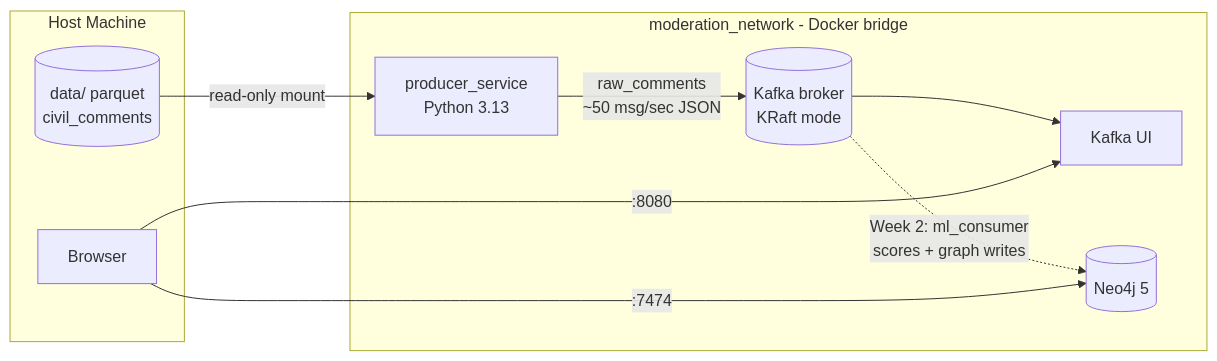
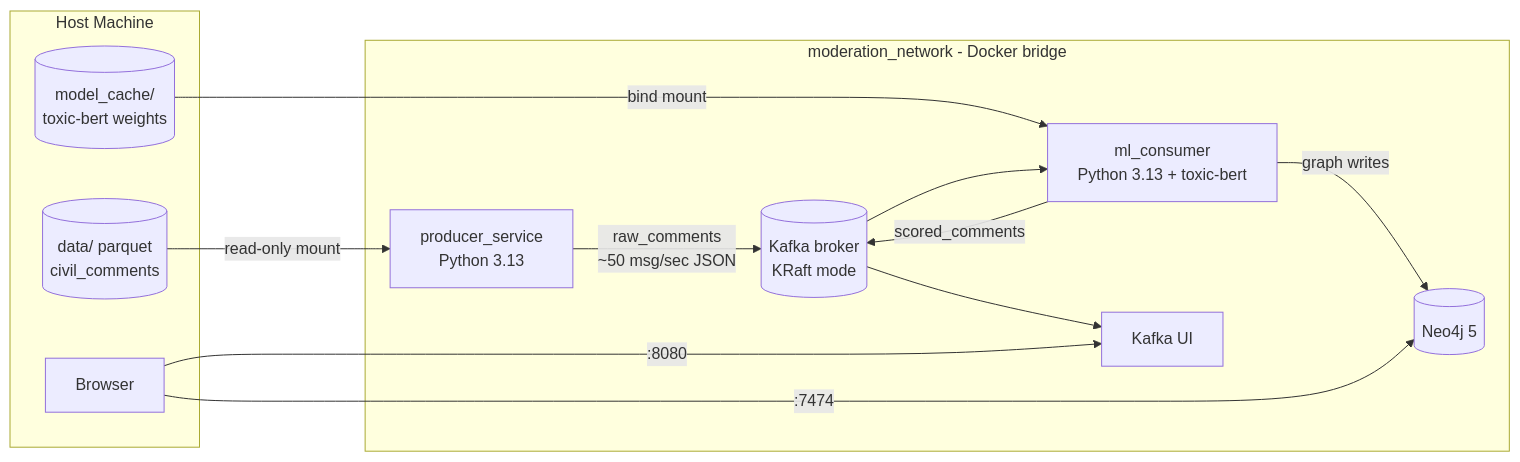
One commit to mj-weshh/realtime-moderation-engine changed the diagram in README.md. Above: the diagram before and after it, drawn with Mermaid. The commit also changed other lines of this file and 6 other files, not shown here.

Commit message:
docs: document ML consumer Kafka integration and inference pipeline

````diff
--- a/README.md
+++ b/README.md
@@ -23,21 +45,51 @@
 ```mermaid
+
 flowchart LR
+
     subgraph hostMachine [Host Machine]
+
         dataset[("data/ parquet<br/>civil_comments")]
+
+        modelCache[("model_cache/<br/>toxic-bert weights")]
+
         browser[Browser]
+
     end
 
+
+
     subgraph modNet [moderation_network - Docker bridge]
+
         producer[producer_service<br/>Python 3.13]
+
         kafka[(Kafka broker<br/>KRaft mode)]
+
+        consumer[ml_consumer<br/>Python 3.13 + toxic-bert]
+
         kafkaui[Kafka UI]
+
         neo4j[(Neo4j 5)]
+
     end
 
+
+
     dataset -- "read-only mount" --> producer
+
+    modelCache -- "bind mount" --> consumer
+
     producer -- "raw_comments<br/>~50 msg/sec JSON" --> kafka
+
+    kafka --> consumer
+
+    consumer -- "graph writes" --> neo4j
+
+    consumer -- "scored_comments" --> kafka
+
     kafka --> kafkaui
-    kafka -. "Week 2: ml_consumer<br/>scores + graph writes" .-> neo4j
+
     browser -- ":8080" --> kafkaui
+
     browser -- ":7474" --> neo4j
+
 ```
````
